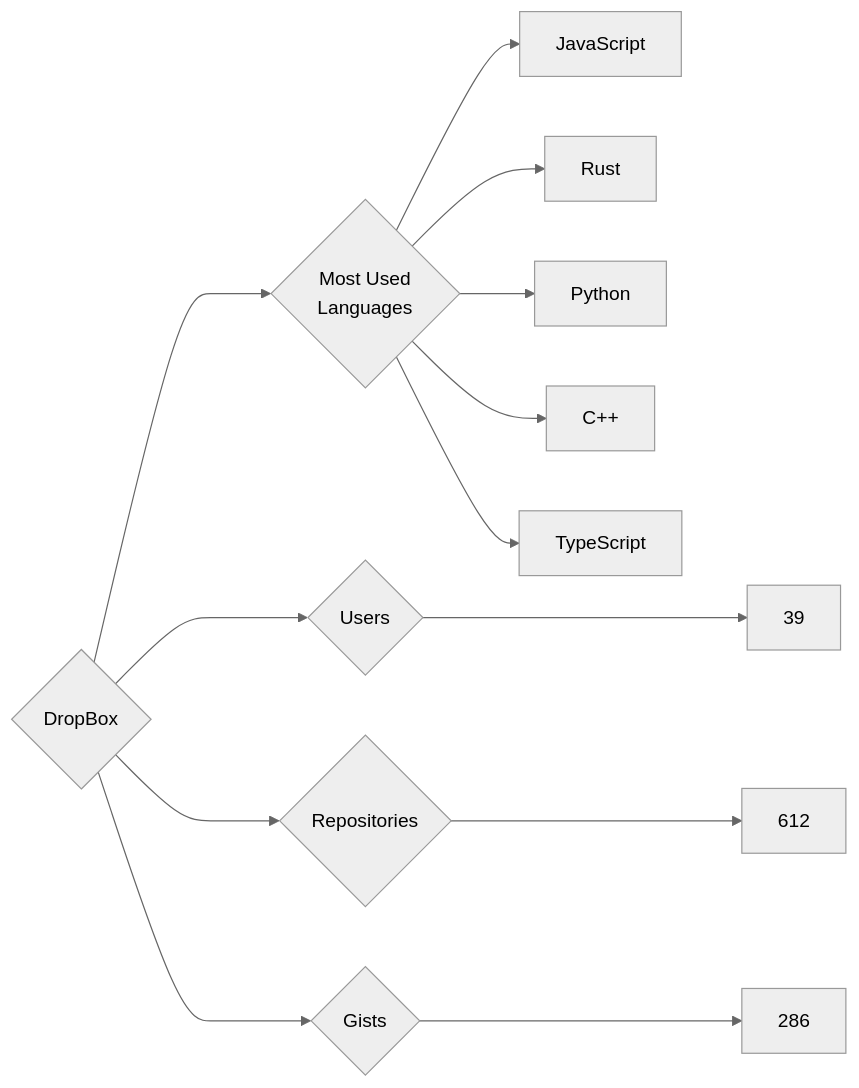
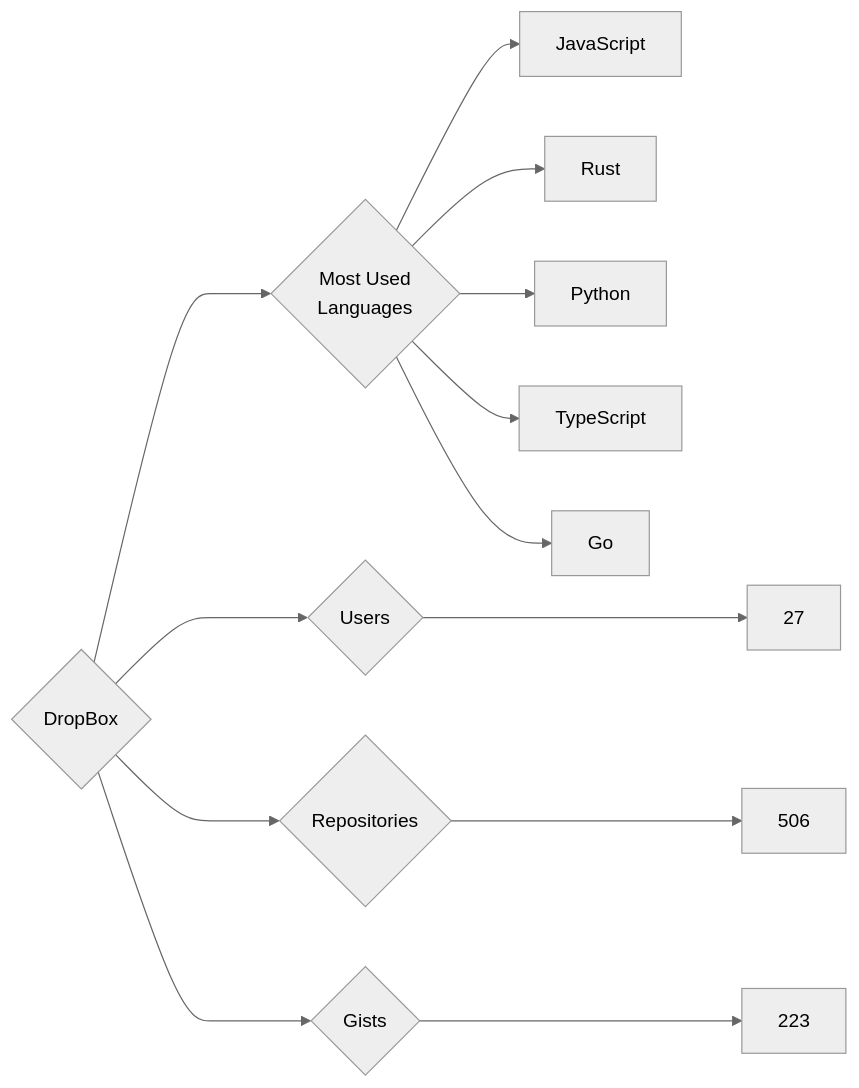
The diagram in targets/DropBox/README.md (trickest/insiders), drawn with Mermaid (neutral theme) before and after one commit. The commit also changed 777 other files, not shown here.

````diff
--- a/targets/DropBox/README.md
+++ b/targets/DropBox/README.md
@@ -3,13 +3,13 @@
 ```mermaid
 graph LR
 COMPANY_NAME{DropBox}
-COMPANY_NAME ---> U{Users} ---> UN[39]
-COMPANY_NAME ---> R{Repositories} ---> RN[612]
-COMPANY_NAME ---> G{Gists} ---> GN[286]
+COMPANY_NAME ---> U{Users} ---> UN[27]
+COMPANY_NAME ---> R{Repositories} ---> RN[506]
+COMPANY_NAME ---> G{Gists} ---> GN[223]
 COMPANY_NAME ---> ML{Most Used<br>Languages}
 ML --> JavaScript[JavaScript]
 ML --> Rust[Rust]
 ML --> Python[Python]
-ML --> C++[C++]
 ML --> TypeScript[TypeScript]
+ML --> Go[Go]
 ```
````
